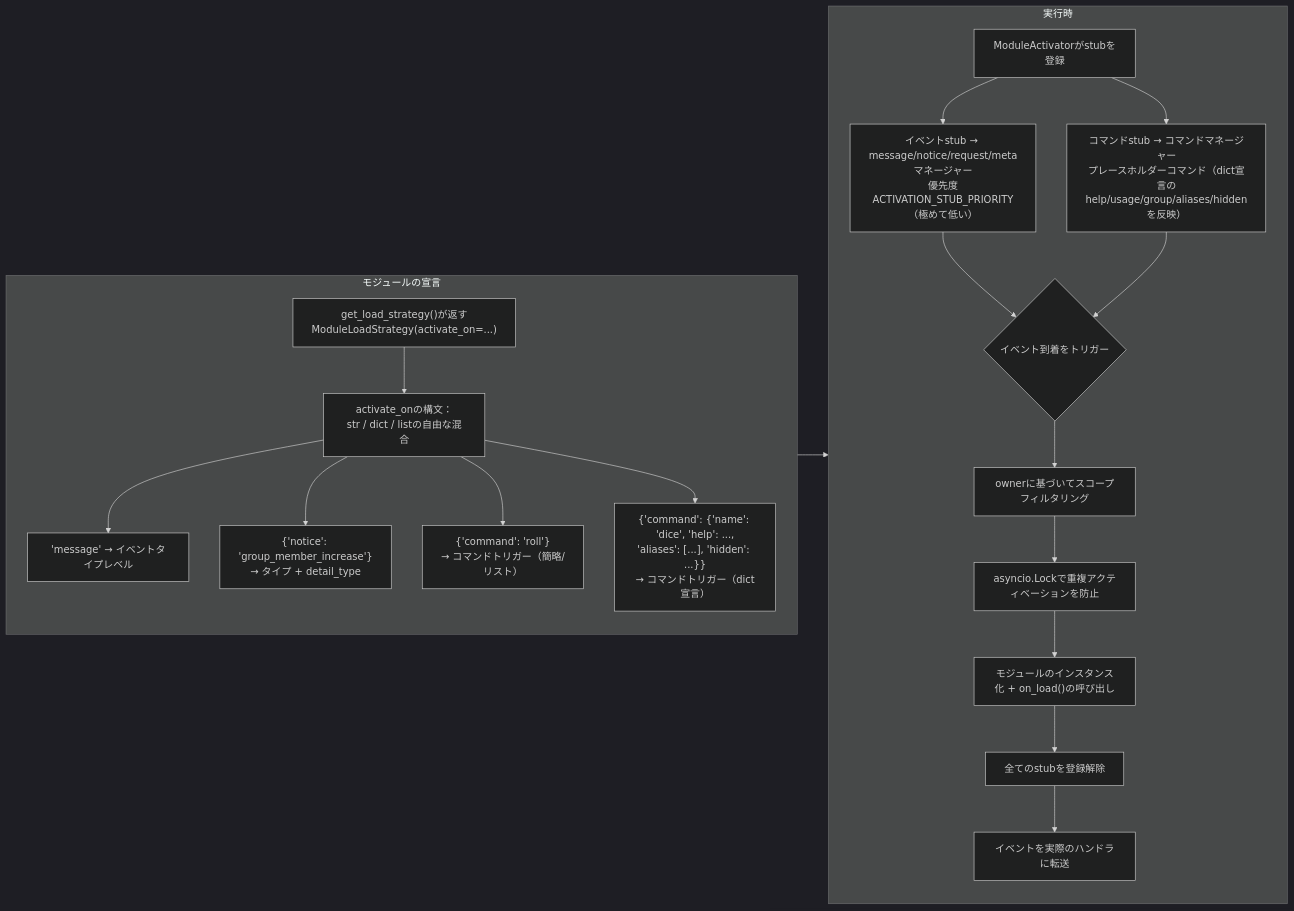
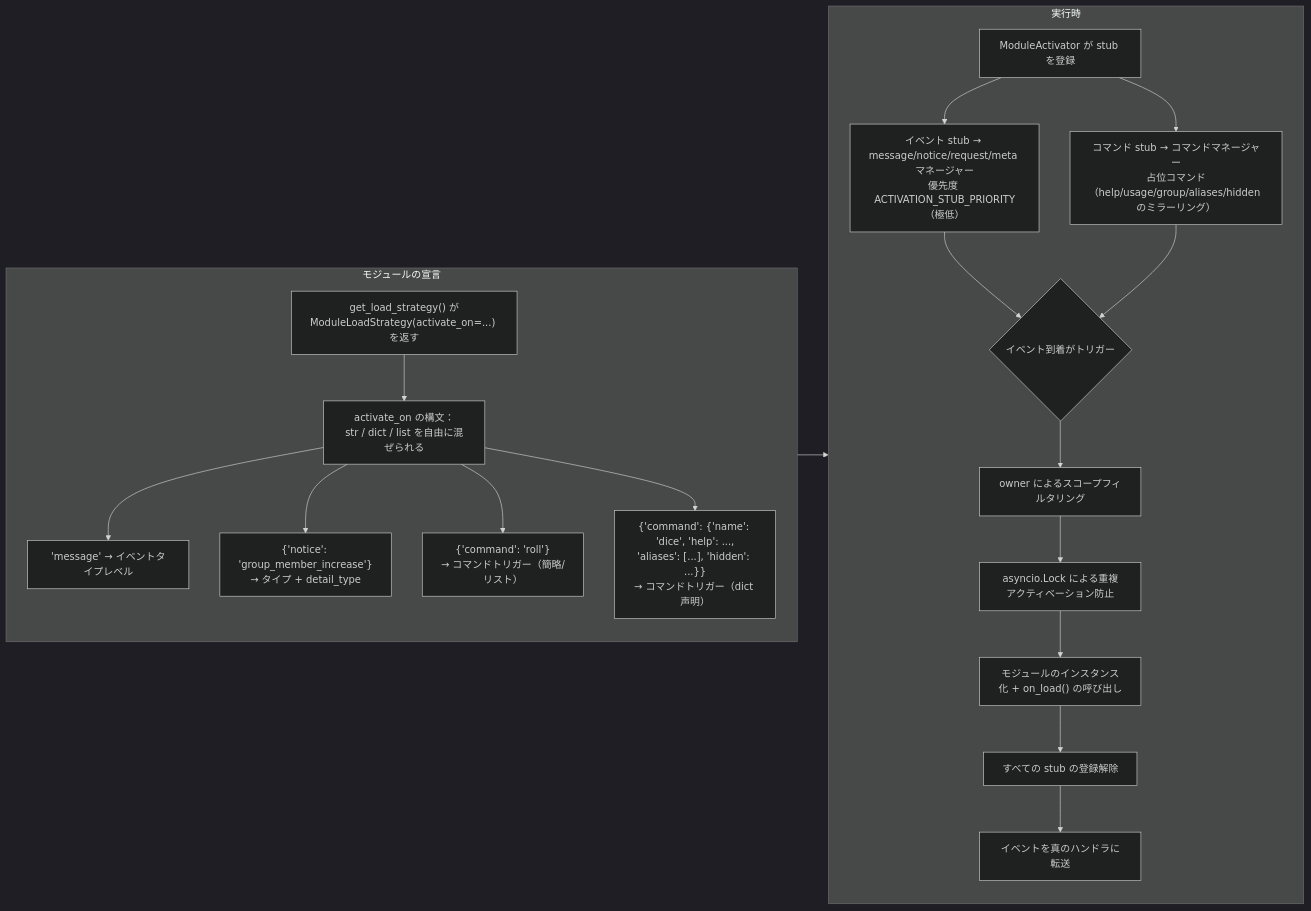
One commit to ErisPulse/ErisPulse changed the seventh of 10 diagrams in docs/ja/architecture.md. Above: the diagram before and after it, drawn with Mermaid (dark theme). The commit also changed other lines of this file and 828 other files, not shown here.

````diff
--- a/docs/ja/architecture.md
+++ b/docs/ja/architecture.md
@@ -222,24 +225,24 @@
 ```mermaid
 flowchart LR
     subgraph Declare["モジュールの宣言"]
-        S1["get_load_strategy()が返す<br/>ModuleLoadStrategy(activate_on=...)"] --> S2["activate_onの構文：<br/>str / dict / listの自由な混合"]
+        S1["get_load_strategy() が<br/>ModuleLoadStrategy(activate_on=...) を返す"] --> S2["activate_on の構文：<br/>str / dict / list を自由に混ぜられる"]
         S2 --> S2a["'message' → イベントタイプレベル"]
         S2 --> S2b["{'notice': 'group_member_increase'}<br/>→ タイプ + detail_type"]
         S2 --> S2c["{'command': 'roll'}<br/>→ コマンドトリガー（簡略/リスト）"]
-        S2 --> S2d["{'command': {'name': 'dice', 'help': ...,<br/>'aliases': [...], 'hidden': ...}}<br/>→ コマンドトリガー（dict宣言）"]
+        S2 --> S2d["{'command': {'name': 'dice', 'help': ...,<br/>'aliases': [...], 'hidden': ...}}<br/>→ コマンドトリガー（dict 声明）"]
     end
 
     subgraph Runtime["実行時"]
-        R1["ModuleActivatorがstubを登録"] --> R1a["イベントstub → message/notice/request/metaマネージャー<br/>優先度ACTIVATION_STUB_PRIORITY（極めて低い）"]
-        R1 --> R1b["コマンドstub → コマンドマネージャー<br/>プレースホルダーコマンド（dict宣言のhelp/usage/group/aliases/hiddenを反映）"]
-        R1a --> R2{"イベント到着をトリガー"}
+        R1["ModuleActivator が stub を登録"] --> R1a["イベント stub → message/notice/request/meta マネージャー<br/>優先度 ACTIVATION_STUB_PRIORITY（極低）"]
+        R1 --> R1b["コマンド stub → コマンドマネージャー<br/>占位コマンド（help/usage/group/aliases/hidden のミラーリング）"]
+        R1a --> R2{"イベント到着がトリガー"}
         R1b --> R2
-        R2 --> R3["ownerに基づいてスコープフィルタリング"]
-        R3 --> R4["asyncio.Lockで重複アクティベーションを防止"]
-        R4 --> R5["モジュールのインスタンス化 + on_load()の呼び出し"]
-        R5 --> R6["全てのstubを登録解除"]
-        R6 --> R7["イベントを実際のハンドラに転送"]
+        R2 --> R3["owner によるスコープフィルタリング"]
+        R3 --> R4["asyncio.Lock による重複アクティベーション防止"]
+        R4 --> R5["モジュールのインスタンス化 + on_load() の呼び出し"]
+        R5 --> R6["すべての stub の登録解除"]
+        R6 --> R7["イベントを真のハンドラに転送"]
     end
 
     Declare --> Runtime
 ```
````
